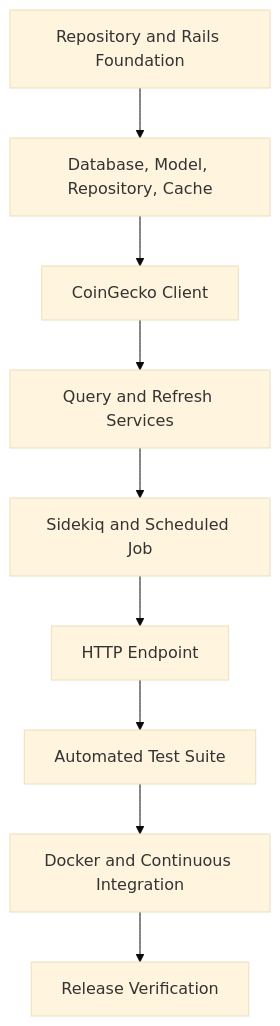
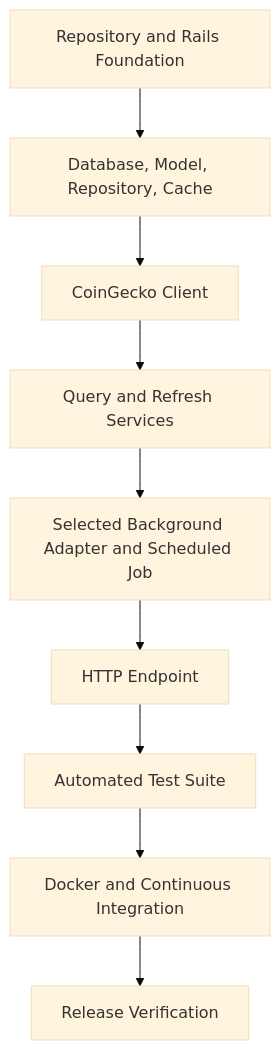
Before and after one commit to JoelBright/crypto-price-api: the third of 6 diagrams in docs/JUNIOR_DEVELOPER_GUIDE.md, drawn with Mermaid (base theme). The commit also changed other lines of this file and 6 other files, not shown here.

````diff
--- a/docs/JUNIOR_DEVELOPER_GUIDE.md
+++ b/docs/JUNIOR_DEVELOPER_GUIDE.md
@@ -303,21 +298,21 @@
 ```mermaid
 flowchart TD
     Foundation[Repository and Rails Foundation]
     Persistence[Database, Model, Repository, Cache]
     Provider[CoinGecko Client]
     Services[Query and Refresh Services]
-    Background[Sidekiq and Scheduled Job]
+    Background[Selected Background Adapter and Scheduled Job]
     API[HTTP Endpoint]
     Tests[Automated Test Suite]
     CI[Docker and Continuous Integration]
     Release[Release Verification]
 
     Foundation --> Persistence
     Persistence --> Provider
     Provider --> Services
     Services --> Background
     Background --> API
     API --> Tests
     Tests --> CI
     CI --> Release
 ```
````
